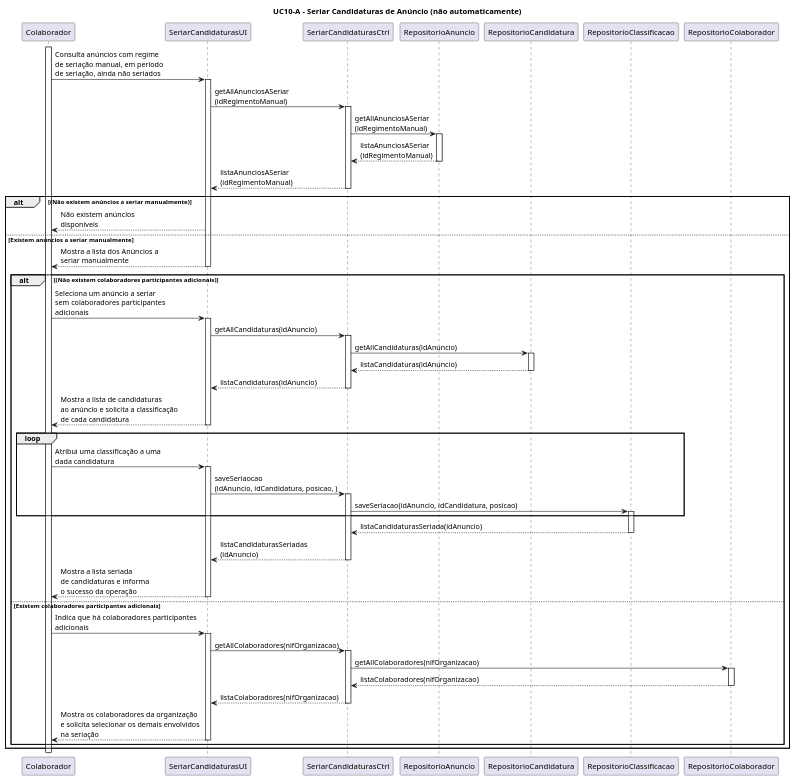
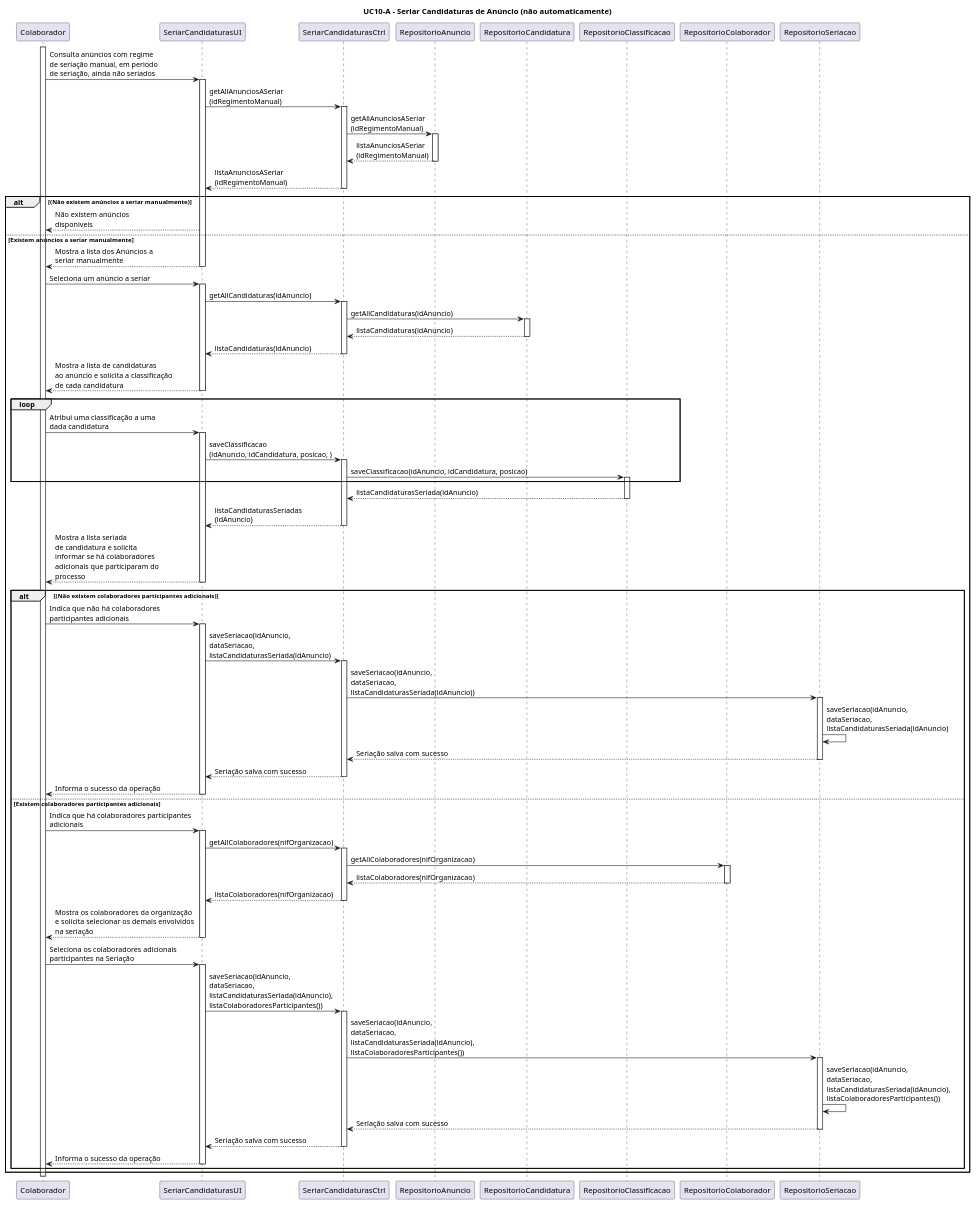
One commit to blestonbandeiraUPSKILL/upskill_java1_labprg_grupo2 changed the diagram in Documentação/Sprint 3/UC10_A_Seriar_Candidaturas_(não_automaticamente)/UC10_A_Seriar_Candidaturas_(nao_automaticamente)_Diagrama_Sequencia.puml. Above: the diagram before and after it, drawn with PlantUML. The commit also changed 1 other file, not shown here.

```diff
--- a/Documentação/Sprint 3/UC10_A_Seriar_Candidaturas_(não_automaticamente)/UC10_A_Seriar_Candidaturas_(nao_automaticamente)_Diagrama_Sequencia.puml
+++ b/Documentação/Sprint 3/UC10_A_Seriar_Candidaturas_(não_automaticamente)/UC10_A_Seriar_Candidaturas_(nao_automaticamente)_Diagrama_Sequencia.puml
@@ -1,76 +1,106 @@
 @startuml
 
 title UC10-A - Seriar Candidaturas de Anúncio (não automaticamente)
 
 participant Colaborador
 participant SeriarCandidaturasUI
 participant SeriarCandidaturasCtrl
 participant RepositorioAnuncio
 participant RepositorioCandidatura
 participant RepositorioClassificacao
 participant RepositorioColaborador
+participant RepositorioSeriacao
 
 
 activate Colaborador
 Colaborador -> SeriarCandidaturasUI: Consulta anúncios com regime \nde seriação manual, em periodo \nde seriação, ainda não seriados
 activate SeriarCandidaturasUI
 SeriarCandidaturasUI -> SeriarCandidaturasCtrl: getAllAnunciosASeriar\n(idRegimentoManual)
 activate SeriarCandidaturasCtrl
 SeriarCandidaturasCtrl -> RepositorioAnuncio: getAllAnunciosASeriar\n(idRegimentoManual)
 activate RepositorioAnuncio
 RepositorioAnuncio --> SeriarCandidaturasCtrl: listaAnunciosASeriar\n(idRegimentoManual)
 deactivate RepositorioAnuncio
 SeriarCandidaturasCtrl --> SeriarCandidaturasUI: listaAnunciosASeriar\n(idRegimentoManual)
 deactivate SeriarCandidaturasCtrl
 alt (Não existem anúncios a seriar manualmente)
 SeriarCandidaturasUI --> Colaborador: Não existem anúncios \ndisponiveis
 
 else Existem anúncios a seriar manualmente 
 SeriarCandidaturasUI --> Colaborador: Mostra a lista dos Anúncios a \nseriar manualmente
 deactivate SeriarCandidaturasUI
 
-alt (Não existem colaboradores participantes adicionais)
-Colaborador -> SeriarCandidaturasUI: Seleciona um anúncio a seriar \nsem colaboradores participantes \nadicionais
+
+Colaborador -> SeriarCandidaturasUI: Seleciona um anúncio a seriar 
 activate SeriarCandidaturasUI
 SeriarCandidaturasUI -> SeriarCandidaturasCtrl: getAllCandidaturas(idAnuncio)
 activate SeriarCandidaturasCtrl
 SeriarCandidaturasCtrl -> RepositorioCandidatura: getAllCandidaturas(idAnuncio)
 activate RepositorioCandidatura
 RepositorioCandidatura --> SeriarCandidaturasCtrl: listaCandidaturas(idAnuncio)
 deactivate RepositorioCandidatura
 SeriarCandidaturasCtrl --> SeriarCandidaturasUI: listaCandidaturas(idAnuncio)
 deactivate SeriarCandidaturasCtrl
 SeriarCandidaturasUI --> Colaborador: Mostra a lista de candidaturas \nao anúncio e solicita a classificação \nde cada candidatura
 deactivate SeriarCandidaturasUI
 loop
 Colaborador -> SeriarCandidaturasUI: Atribui uma classificação a uma \ndada candidatura
 activate SeriarCandidaturasUI
-SeriarCandidaturasUI -> SeriarCandidaturasCtrl: saveSeriaocao\n(idAnuncio, idCandidatura, posicao, )
+SeriarCandidaturasUI -> SeriarCandidaturasCtrl: saveClassificacao\n(idAnuncio, idCandidatura, posicao, )
 activate SeriarCandidaturasCtrl
-SeriarCandidaturasCtrl -> RepositorioClassificacao: saveSeriacao(idAnuncio, idCandidatura, posicao)
+SeriarCandidaturasCtrl -> RepositorioClassificacao: saveClassificacao(idAnuncio, idCandidatura, posicao)
 activate RepositorioClassificacao
 end loop
 RepositorioClassificacao --> SeriarCandidaturasCtrl: listaCandidaturasSeriada(idAnuncio)
 deactivate RepositorioClassificacao
 SeriarCandidaturasCtrl --> SeriarCandidaturasUI: listaCandidaturasSeriadas\n(idAnuncio)
 deactivate SeriarCandidaturasCtrl
-SeriarCandidaturasUI --> Colaborador: Mostra a lista seriada \nde candidaturas e informa \no sucesso da operação
+SeriarCandidaturasUI --> Colaborador: Mostra a lista seriada \nde candidatura e solicita \ninformar se há colaboradores \nadicionais que participaram do \nprocesso
 deactivate SeriarCandidaturasUI
+
+alt (Não existem colaboradores participantes adicionais)
+Colaborador -> SeriarCandidaturasUI: Indica que não há colaboradores \nparticipantes adicionais
+activate SeriarCandidaturasUI
+SeriarCandidaturasUI -> SeriarCandidaturasCtrl: saveSeriacao(idAnuncio, \ndataSeriacao, \nlistaCandidaturasSeriada(idAnuncio)
+activate SeriarCandidaturasCtrl
+SeriarCandidaturasCtrl -> RepositorioSeriacao: saveSeriacao(idAnuncio, \ndataSeriacao, \nlistaCandidaturasSeriada(idAnuncio))
+activate RepositorioSeriacao
+RepositorioSeriacao -> RepositorioSeriacao: saveSeriacao(idAnuncio, \ndataSeriacao, \nlistaCandidaturasSeriada(idAnuncio)
+RepositorioSeriacao --> SeriarCandidaturasCtrl: Seriação salva com sucesso
+deactivate RepositorioSeriacao
+SeriarCandidaturasCtrl --> SeriarCandidaturasUI: Seriação salva com sucesso
+deactivate SeriarCandidaturasCtrl
+SeriarCandidaturasUI --> Colaborador: Informa o sucesso da operação
+deactivate SeriarCandidaturasUI
+
 else Existem colaboradores participantes adicionais
 Colaborador -> SeriarCandidaturasUI: Indica que há colaboradores participantes \nadicionais
 activate SeriarCandidaturasUI
 SeriarCandidaturasUI -> SeriarCandidaturasCtrl: getAllColaboradores(nifOrganizacao)
 activate SeriarCandidaturasCtrl
 SeriarCandidaturasCtrl -> RepositorioColaborador: getAllColaboradores(nifOrganizacao)
 activate RepositorioColaborador
 RepositorioColaborador --> SeriarCandidaturasCtrl: listaColaboradores(nifOrganizacao)
 deactivate RepositorioColaborador
 SeriarCandidaturasCtrl --> SeriarCandidaturasUI: listaColaboradores(nifOrganizacao)
 deactivate SeriarCandidaturasCtrl
 SeriarCandidaturasUI --> Colaborador: Mostra os colaboradores da organização \ne solicita selecionar os demais envolvidos \nna seriação
 deactivate SeriarCandidaturasUI
 
+Colaborador -> SeriarCandidaturasUI: Seleciona os colaboradores adicionais \nparticipantes na Seriação
+activate SeriarCandidaturasUI
+SeriarCandidaturasUI -> SeriarCandidaturasCtrl: saveSeriacao(idAnuncio, \ndataSeriacao, \nlistaCandidaturasSeriada(idAnuncio), \nlistaColaboradoresParticipantes())
+activate SeriarCandidaturasCtrl
+SeriarCandidaturasCtrl -> RepositorioSeriacao: saveSeriacao(idAnuncio, \ndataSeriacao, \nlistaCandidaturasSeriada(idAnuncio), \nlistaColaboradoresParticipantes())
+activate RepositorioSeriacao
+RepositorioSeriacao -> RepositorioSeriacao: saveSeriacao(idAnuncio, \ndataSeriacao, \nlistaCandidaturasSeriada(idAnuncio), \nlistaColaboradoresParticipantes())
+RepositorioSeriacao --> SeriarCandidaturasCtrl: Seriação salva com sucesso
+deactivate RepositorioSeriacao
+SeriarCandidaturasCtrl --> SeriarCandidaturasUI: Seriação salva com sucesso
+deactivate SeriarCandidaturasCtrl
+SeriarCandidaturasUI --> Colaborador: Informa o sucesso da operação
+deactivate SeriarCandidaturasUI
 end alt
 end alt
-
+deactivate Colaborador
 @enduml
```
